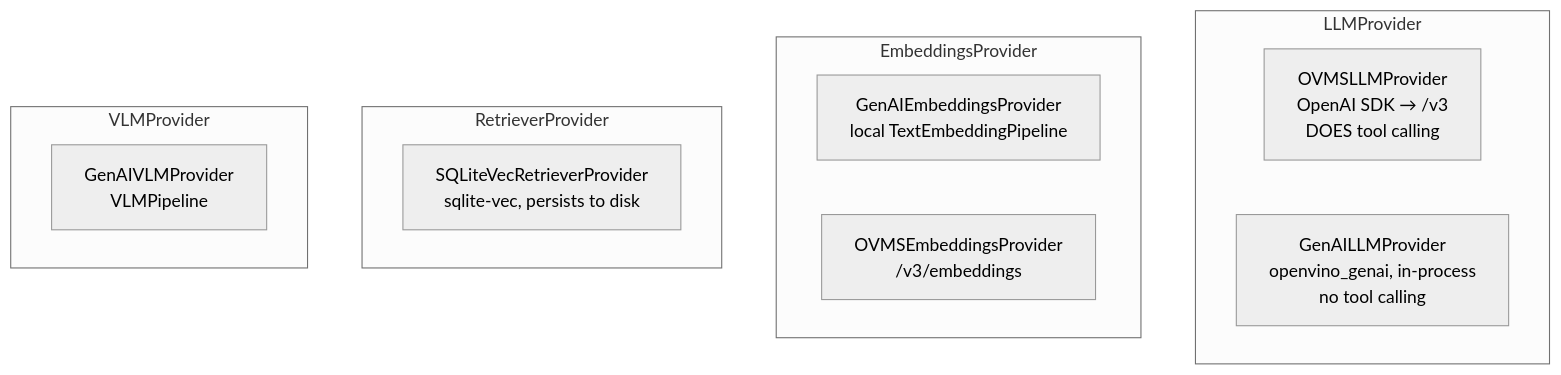
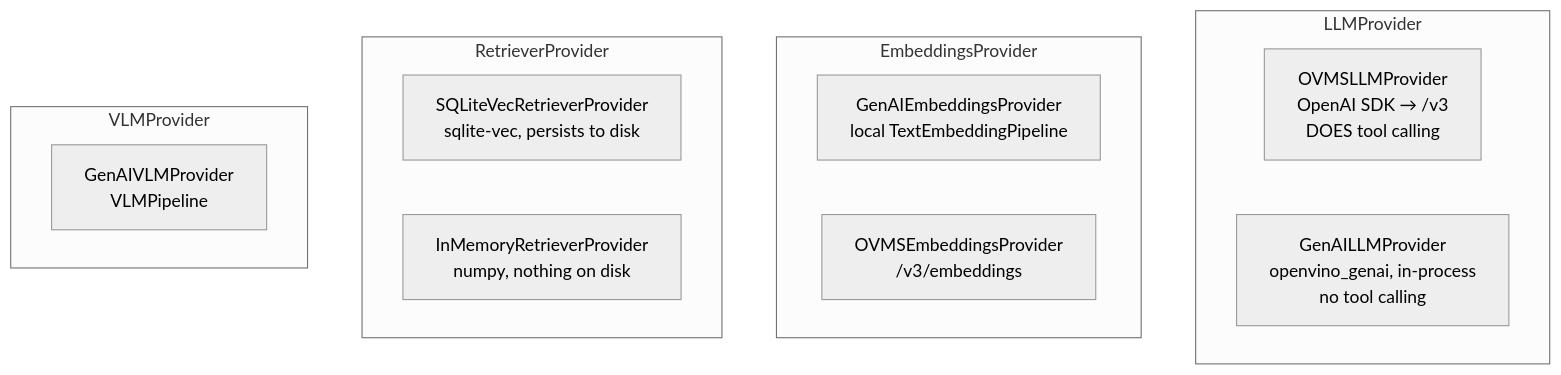
One commit to Lagmator22/ovat changed the fourth of 11 diagrams in docs/ARCHITECTURE.md. Above: the diagram before and after it, drawn with Mermaid (neutral theme). The commit also changed other lines of this file, not shown here.

First line of the commit message:
docs(architecture): correct diagrams that contradict the code

````diff
--- a/docs/ARCHITECTURE.md
+++ b/docs/ARCHITECTURE.md
@@ -275,17 +275,18 @@
 ```mermaid
 flowchart TD
     subgraph LLM ["LLMProvider"]
         OVMSLLM["OVMSLLMProvider<br/>OpenAI SDK → /v3<br/>DOES tool calling"]
         GenAILLM["GenAILLMProvider<br/>openvino_genai, in-process<br/>no tool calling"]
     end
     subgraph Emb ["EmbeddingsProvider"]
         GenAIEmb["GenAIEmbeddingsProvider<br/>local TextEmbeddingPipeline"]
         OVMSEmb["OVMSEmbeddingsProvider<br/>/v3/embeddings"]
     end
     subgraph Ret ["RetrieverProvider"]
         SQLite["SQLiteVecRetrieverProvider<br/>sqlite-vec, persists to disk"]
+        Memory["InMemoryRetrieverProvider<br/>numpy, nothing on disk"]
     end
     subgraph VLM ["VLMProvider"]
         GenAIVLM["GenAIVLMProvider<br/>VLMPipeline"]
     end
 ```
````
